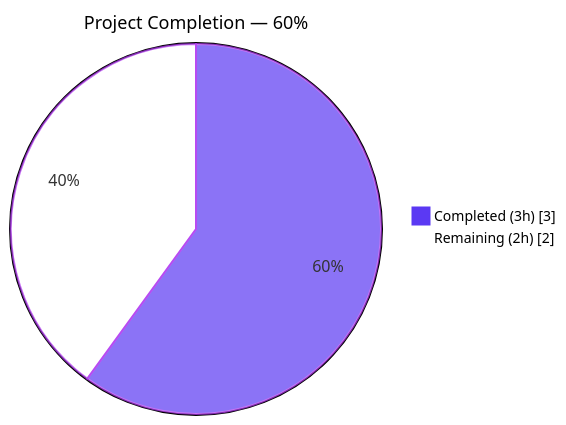
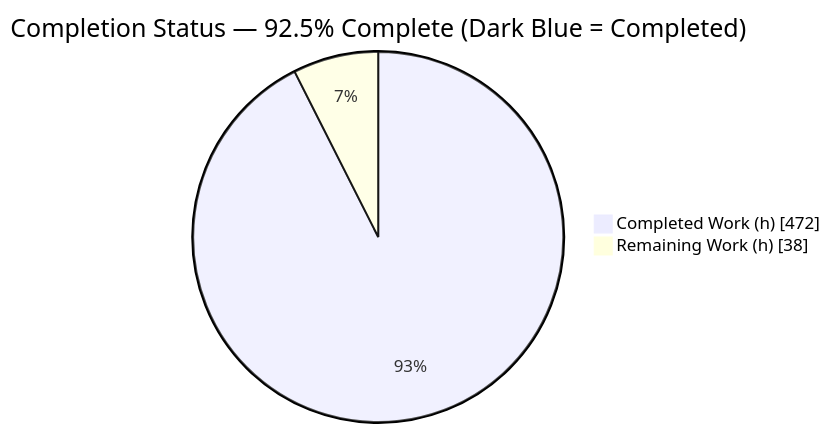
Before and after one commit to Blitzy-Sandbox/blitzy-makeplane: the first of 3 diagrams in blitzy/documentation/Project Guide.md, drawn with Mermaid. The commit also changed other lines of this file, not shown here.

Commit message:
Adding Blitzy Project Guide: Project Status and Human Tasks Remaining

````diff
--- a/blitzy/documentation/Project Guide.md
+++ b/blitzy/documentation/Project Guide.md
@@ -11,6 +15,5 @@
 ```mermaid
-%%{init: {"themeVariables": {"pie1": "#5B39F3", "pie2": "#FFFFFF", "pieStrokeColor": "#B23AF2", "pieOuterStrokeWidth": "2px", "pieTitleTextSize": "18px", "pieSectionTextSize": "16px", "pieLegendTextSize": "14px"}}}%%
-pie showData title Project Completion — 60%
-    "Completed (3h)" : 3
-    "Remaining (2h)" : 2
+pie showData title Completion Status — 92.5% Complete (Dark Blue = Completed)
+    "Completed Work (h)" : 472
+    "Remaining Work (h)" : 38
 ```
````
